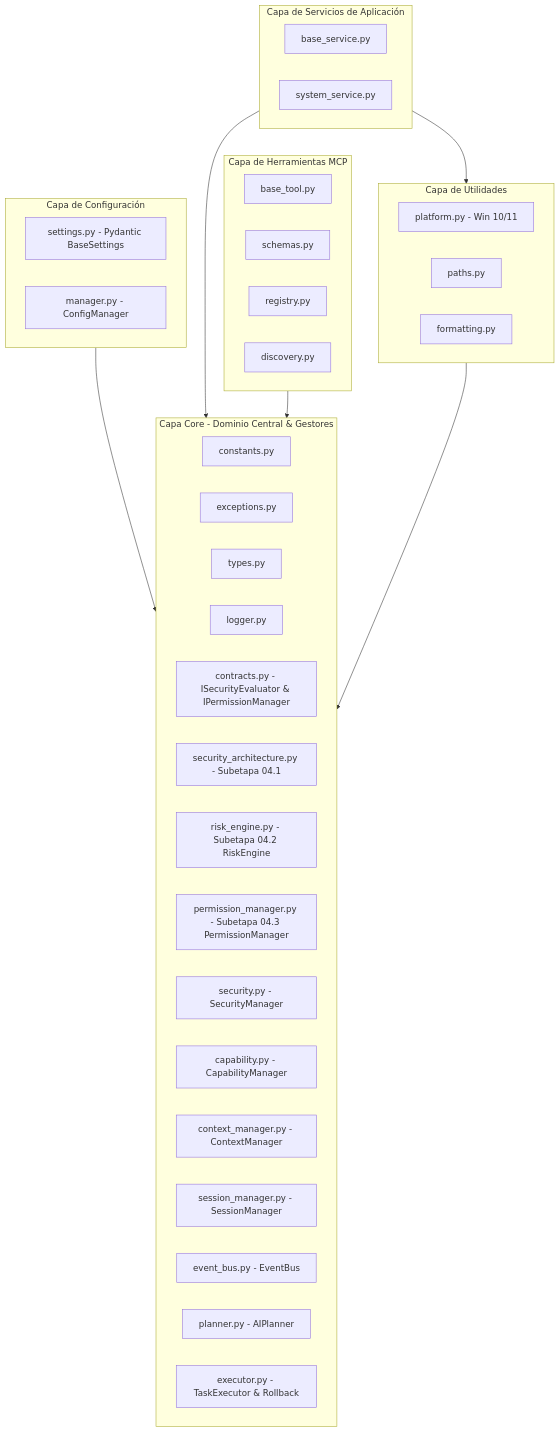
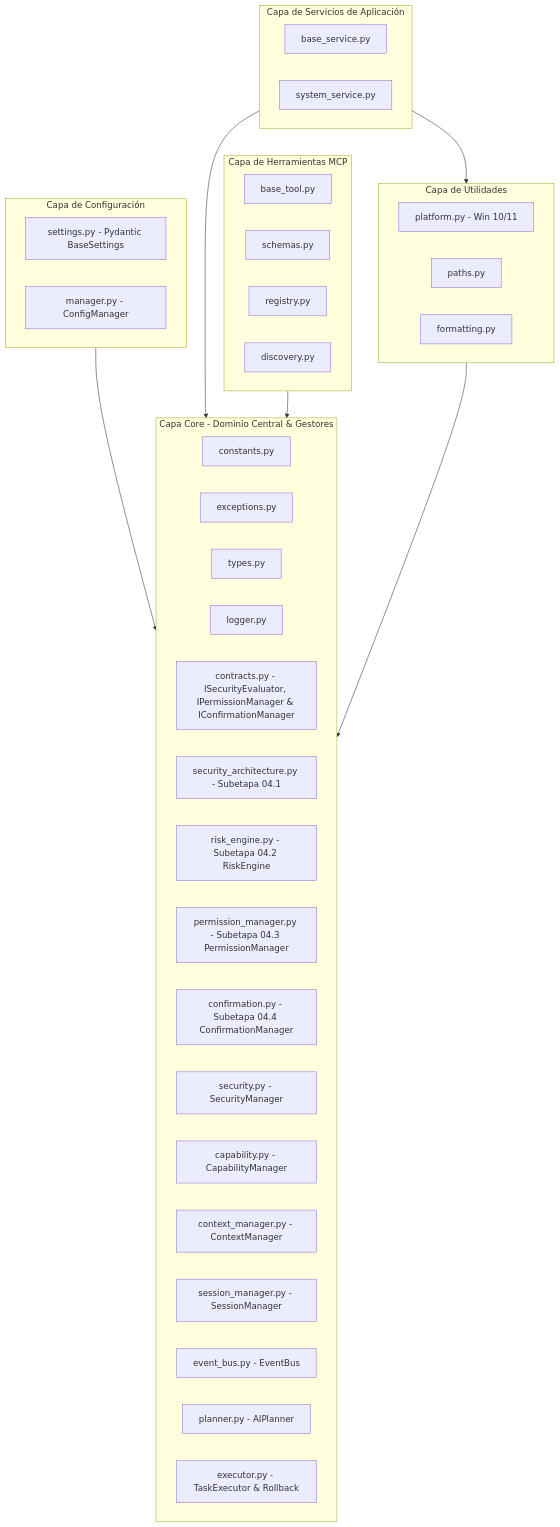
One commit to leeon003/asistente-jessyca changed the diagram in docs/architecture.md. Above: the diagram before and after it, drawn with Mermaid. The commit also changed other lines of this file and 5 other files, not shown here.

Commit message:
feat(security): implement confirmation manager

````diff
--- a/docs/architecture.md
+++ b/docs/architecture.md
@@ -13,49 +13,50 @@
 ```mermaid
 graph TD
     subgraph Core [Capa Core - Dominio Central & Gestores]
         Constants[constants.py]
         Exceptions[exceptions.py]
         Types[types.py]
         Logger[logger.py]
-        Contracts[contracts.py - ISecurityEvaluator & IPermissionManager]
+        Contracts[contracts.py - ISecurityEvaluator, IPermissionManager & IConfirmationManager]
         SecurityArch[security_architecture.py - Subetapa 04.1]
         RiskEngine[risk_engine.py - Subetapa 04.2 RiskEngine]
         PermManager[permission_manager.py - Subetapa 04.3 PermissionManager]
+        ConfManager[confirmation.py - Subetapa 04.4 ConfirmationManager]
         Security[security.py - SecurityManager]
         Capability[capability.py - CapabilityManager]
         Context[context_manager.py - ContextManager]
         Session[session_manager.py - SessionManager]
         EventBus[event_bus.py - EventBus]
         Planner[planner.py - AIPlanner]
         Executor[executor.py - TaskExecutor & Rollback]
     end
 
     subgraph Config [Capa de Configuración]
         Settings[settings.py - Pydantic BaseSettings]
         Manager[manager.py - ConfigManager]
     end
 
     subgraph Services [Capa de Servicios de Aplicación]
         BaseService[base_service.py]
         SystemService[system_service.py]
     end
 
     subgraph Tools [Capa de Herramientas MCP]
         BaseTool[base_tool.py]
         Schemas[schemas.py]
         Registry[registry.py]
         Discovery[discovery.py]
     end
 
     subgraph Utils [Capa de Utilidades]
         Platform[platform.py - Win 10/11]
         Paths[paths.py]
         Formatting[formatting.py]
     end
 
     Config --> Core
     Services --> Core
     Services --> Utils
     Tools --> Core
     Utils --> Core
 ```
````
